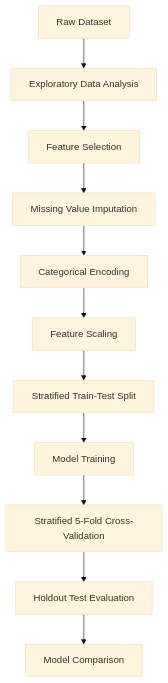
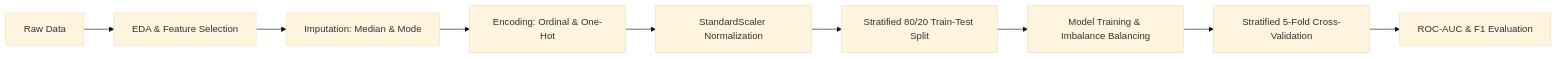
The diagram in README.md (sajedulislam5840/CSE422), drawn with Mermaid (base theme) before and after one commit.

````diff
--- a/README.md
+++ b/README.md
@@ -90,13 +90,11 @@
 ```mermaid
-flowchart TD
-    A[Raw Dataset] --> B[Exploratory Data Analysis]
-    B --> C[Feature Selection]
-    C --> D[Missing Value Imputation]
-    D --> E[Categorical Encoding]
-    E --> F[Feature Scaling]
-    F --> G[Stratified Train-Test Split]
-    G --> H[Model Training]
-    H --> I[Stratified 5-Fold Cross-Validation]
-    I --> J[Holdout Test Evaluation]
-    J --> K[Model Comparison]
+flowchart LR
+    A["Raw Data"] --> B["EDA & Feature Selection"]
+    B --> C["Imputation: Median & Mode"]
+    C --> D["Encoding: Ordinal & One-Hot"]
+    D --> E["StandardScaler Normalization"]
+    E --> F["Stratified 80/20 Train-Test Split"]
+    F --> G["Model Training & Imbalance Balancing"]
+    G --> H["Stratified 5-Fold Cross-Validation"]
+    H --> I["ROC-AUC & F1 Evaluation"]
 ```
````
